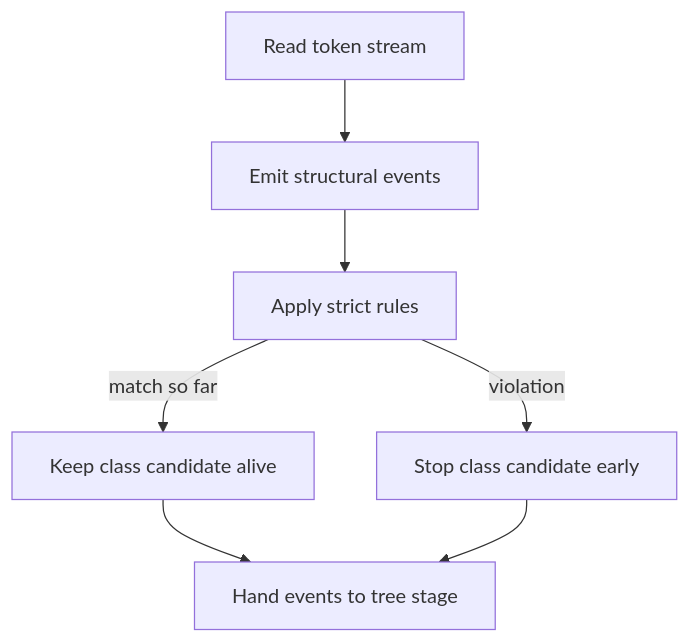
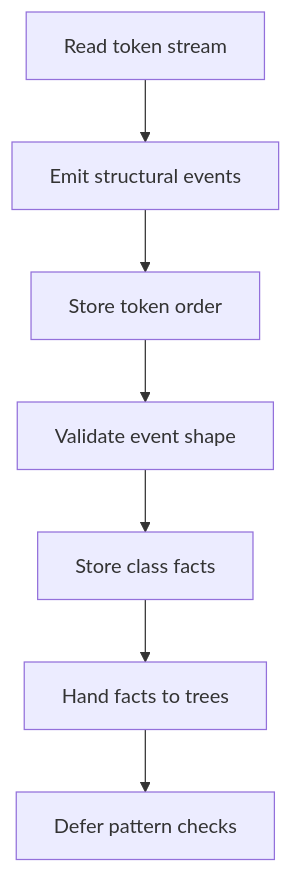
Before and after one commit to JohnAndrewBalbarosa/NeoTerritory: the diagram in docs/Codebase/Microservice/Modules/Source/Analysis/Lexical/core.cpp.md, drawn with Mermaid. The commit also changed other lines of this file and 182 other files, not shown here.

````diff
--- a/docs/Codebase/Microservice/Modules/Source/Analysis/Lexical/core.cpp.md
+++ b/docs/Codebase/Microservice/Modules/Source/Analysis/Lexical/core.cpp.md
@@ -20,12 +21,11 @@
 ```mermaid
 flowchart TD
     N0["Read token stream"]
     N1["Emit structural events"]
-    N2["Apply strict rules"]
-    N3["Keep class candidate alive"]
-    N4["Stop class candidate early"]
-    N5["Hand events to tree stage"]
-    N0 --> N1 --> N2
-    N2 -->|match so far| N3 --> N5
-    N2 -->|violation| N4 --> N5
+    N2["Store token order"]
+    N3["Validate event shape"]
+    N4["Store class facts"]
+    N5["Hand facts to trees"]
+    N6["Defer pattern checks"]
+    N0 --> N1 --> N2 --> N3 --> N4 --> N5 --> N6
 ```
````
